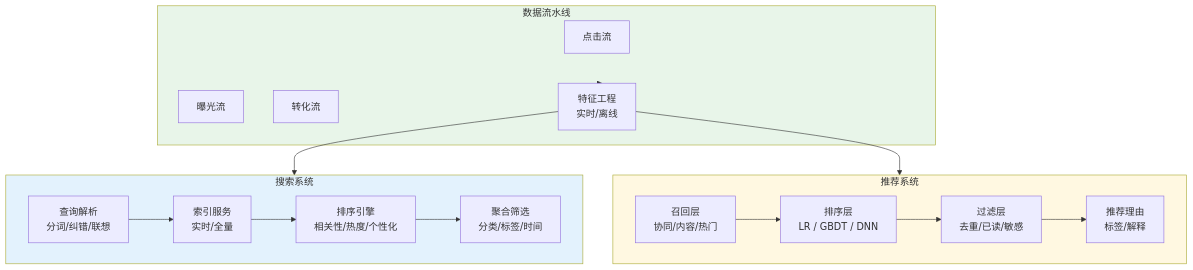
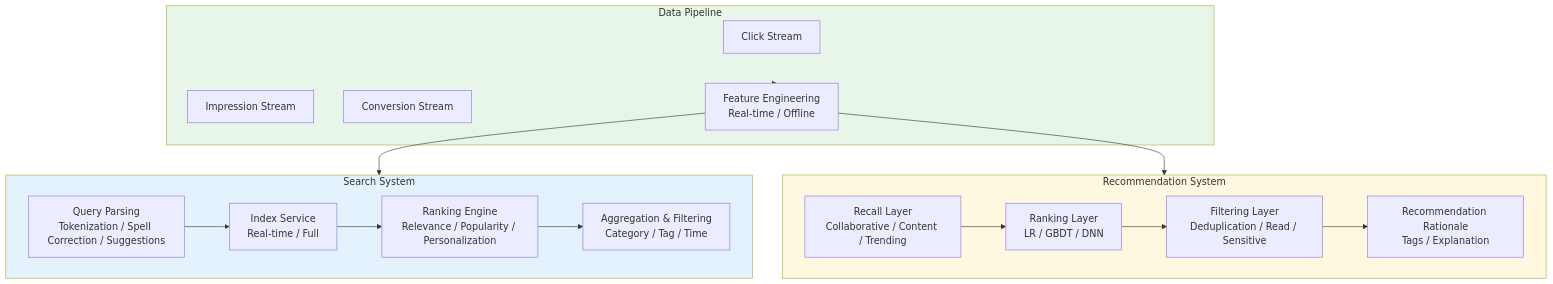
One commit to teaglebuilt/knowledge-tree changed the ninth of 10 diagrams in tree/application/architecture/cms-architecture.md. Above: the diagram before and after it, drawn with Mermaid. The commit also changed other lines of this file and 8 other files, not shown here.

````diff
--- a/tree/application/architecture/cms-architecture.md
+++ b/tree/application/architecture/cms-architecture.md
@@ -587,31 +586,31 @@
 ```mermaid
 flowchart TB
-    subgraph Search["搜索系统"]
-        QUERY["查询解析<br/>分词/纠错/联想"]
-        INDEX["索引服务<br/>实时/全量"]
-        RANKING["排序引擎<br/>相关性/热度/个性化"]
-        FACET["聚合筛选<br/>分类/标签/时间"]
+    subgraph Search["Search System"]
+        QUERY["Query Parsing<br/>Tokenization / Spell Correction / Suggestions"]
+        INDEX["Index Service<br/>Real-time / Full"]
+        RANKING["Ranking Engine<br/>Relevance / Popularity / Personalization"]
+        FACET["Aggregation & Filtering<br/>Category / Tag / Time"]
     end
 
-    subgraph Recommend["推荐系统"]
-        RECALL["召回层<br/>协同/内容/热门"]
-        RANK["排序层<br/>LR / GBDT / DNN"]
-        FILTER["过滤层<br/>去重/已读/敏感"]
-        REASON["推荐理由<br/>标签/解释"]
+    subgraph Recommend["Recommendation System"]
+        RECALL["Recall Layer<br/>Collaborative / Content / Trending"]
+        RANK["Ranking Layer<br/>LR / GBDT / DNN"]
+        FILTER["Filtering Layer<br/>Deduplication / Read / Sensitive"]
+        REASON["Recommendation Rationale<br/>Tags / Explanation"]
     end
 
-    subgraph DataPipeline["数据流水线"]
-        CLICK["点击流"]
-        IMPRESSION["曝光流"]
-        CONVERT["转化流"]
-        FEATURE["特征工程<br/>实时/离线"]
+    subgraph DataPipeline["Data Pipeline"]
+        CLICK["Click Stream"]
+        IMPRESSION["Impression Stream"]
+        CONVERT["Conversion Stream"]
+        FEATURE["Feature Engineering<br/>Real-time / Offline"]
     end
 
     DataPipeline --> FEATURE --> Search & Recommend
     QUERY --> INDEX --> RANKING --> FACET
     RECALL --> RANK --> FILTER --> REASON
 
     style Search fill:#e3f2fd
     style Recommend fill:#fff8e1
     style DataPipeline fill:#e8f5e9
 ```
````
